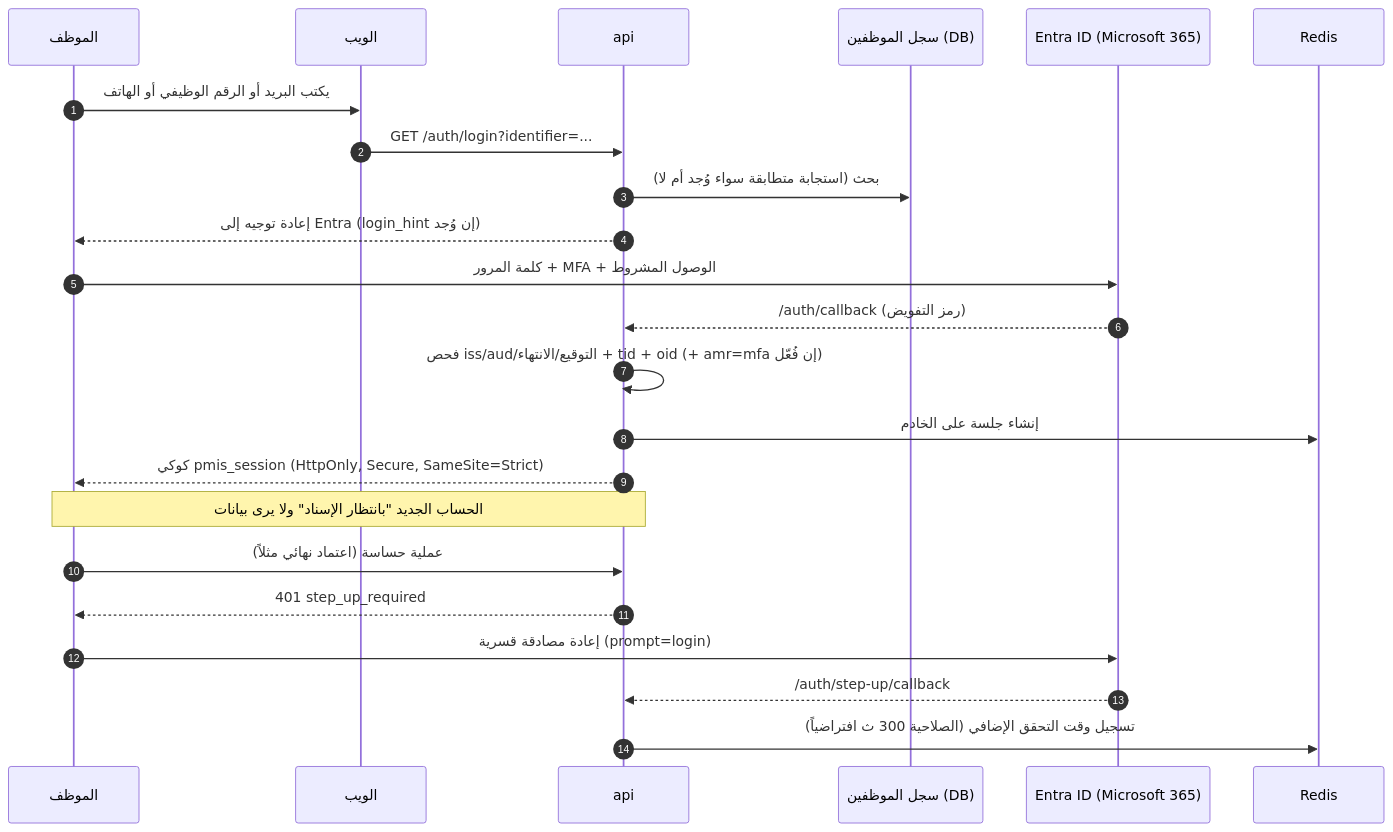
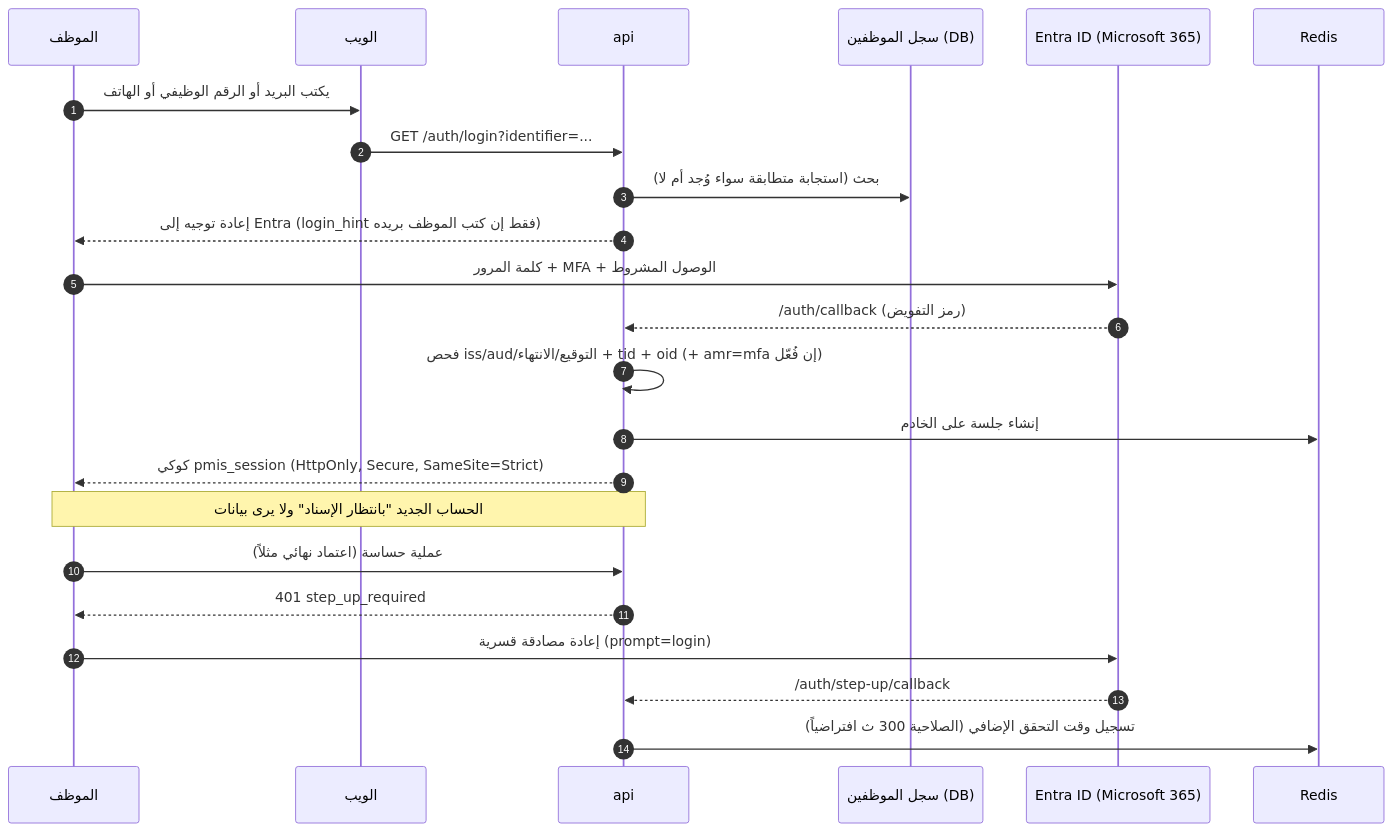
Before and after one commit to scupecenter/My_Repo: the second of 4 diagrams in pmis/docs/customer/03-architecture-and-data.md, drawn with Mermaid. The commit also changed other lines of this file and 4 other files, not shown here.

````diff
--- a/pmis/docs/customer/03-architecture-and-data.md
+++ b/pmis/docs/customer/03-architecture-and-data.md
@@ -52,25 +52,25 @@
 ```mermaid
 sequenceDiagram
   autonumber
   participant U as الموظف
   participant W as الويب
   participant A as api
   participant S as سجل الموظفين (DB)
   participant E as Entra ID (Microsoft 365)
   participant R as Redis
   U->>W: يكتب البريد أو الرقم الوظيفي أو الهاتف
   W->>A: GET /auth/login?identifier=...
   A->>S: بحث (استجابة متطابقة سواء وُجد أم لا)
-  A-->>U: إعادة توجيه إلى Entra (login_hint إن وُجد)
+  A-->>U: إعادة توجيه إلى Entra (login_hint فقط إن كتب الموظف بريده)
   U->>E: كلمة المرور + MFA + الوصول المشروط
   E-->>A: /auth/callback (رمز التفويض)
   A->>A: فحص iss/aud/التوقيع/الانتهاء + tid + oid (+ amr=mfa إن فُعّل)
   A->>R: إنشاء جلسة على الخادم
   A-->>U: كوكي pmis_session (HttpOnly, Secure, SameSite=Strict)
   Note over A,U: الحساب الجديد "بانتظار الإسناد" ولا يرى بيانات
   U->>A: عملية حساسة (اعتماد نهائي مثلاً)
   A-->>U: 401 step_up_required
   U->>E: إعادة مصادقة قسرية (prompt=login)
   E-->>A: /auth/step-up/callback
   A->>R: تسجيل وقت التحقق الإضافي (الصلاحية 300 ث افتراضياً)
 ```
````
